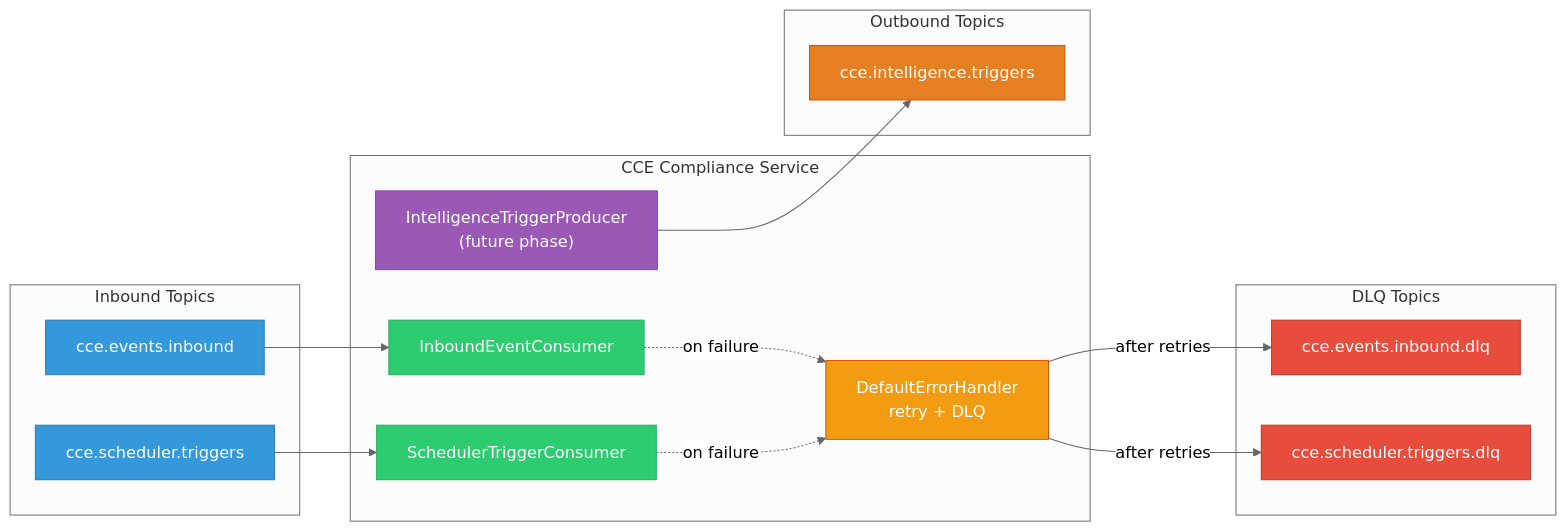
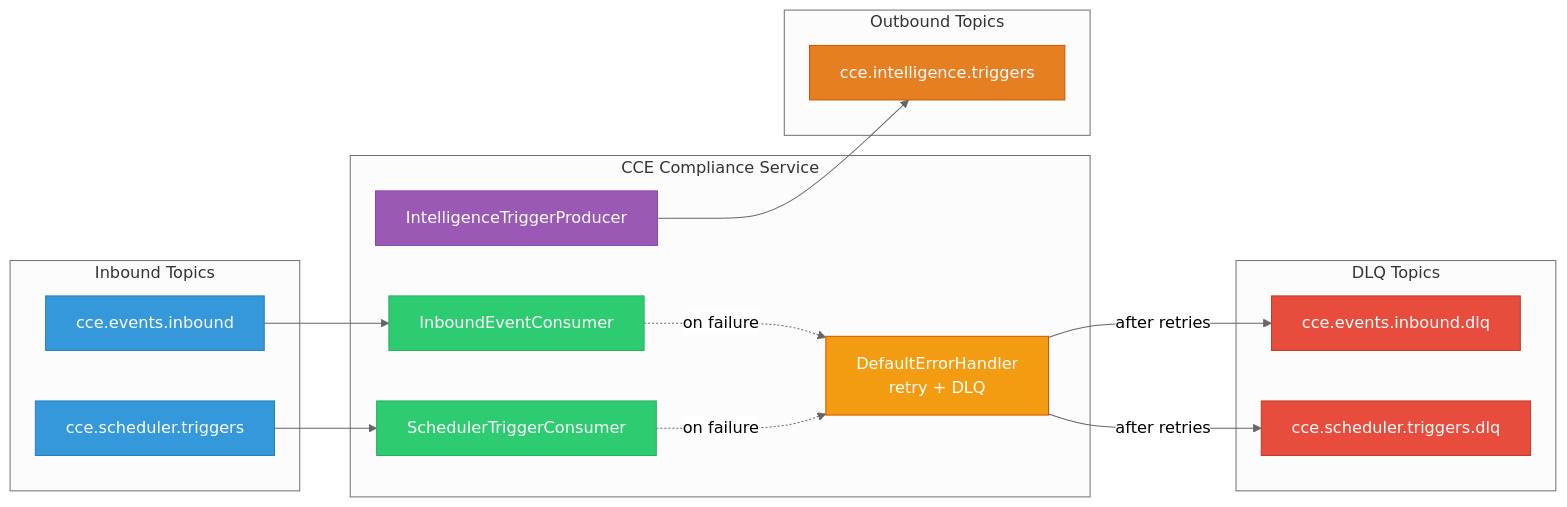
The first of 3 diagrams in docs/kafka-events.md (Jayaprakash8887/cce-compliance-service), drawn with Mermaid (neutral theme) before and after one commit. The commit also changed other lines of this file and 7 other files, not shown here.

````diff
--- a/docs/kafka-events.md
+++ b/docs/kafka-events.md
@@ -7,45 +7,45 @@
 ```mermaid
 graph LR
     subgraph Inbound Topics
         T1["cce.events.inbound"]
         T2["cce.scheduler.triggers"]
     end
 
     subgraph CCE Compliance Service
         C1["InboundEventConsumer"]
         C2["SchedulerTriggerConsumer"]
         EH["DefaultErrorHandler<br/>retry + DLQ"]
-        P1["IntelligenceTriggerProducer<br/>(future phase)"]
+        P1["IntelligenceTriggerProducer"]
     end
 
     subgraph DLQ Topics
         D1["cce.events.inbound.dlq"]
         D2["cce.scheduler.triggers.dlq"]
     end
 
     subgraph Outbound Topics
         T3["cce.intelligence.triggers"]
     end
 
     T1 --> C1
     T2 --> C2
     C1 -.->|"on failure"| EH
     C2 -.->|"on failure"| EH
     EH -->|"after retries"| D1
     EH -->|"after retries"| D2
     P1 --> T3
 
     classDef inbound fill:#3498DB,stroke:#2980B9,color:white
     classDef outbound fill:#E67E22,stroke:#D35400,color:white
     classDef consumer fill:#2ECC71,stroke:#27AE60,color:white
     classDef producer fill:#9B59B6,stroke:#8E44AD,color:white
     classDef dlq fill:#E74C3C,stroke:#C0392B,color:white
     classDef errorHandler fill:#F39C12,stroke:#D35400,color:white
 
     class T1,T2 inbound
     class T3 outbound
     class C1,C2 consumer
     class P1 producer
     class D1,D2 dlq
     class EH errorHandler
 ```
````
